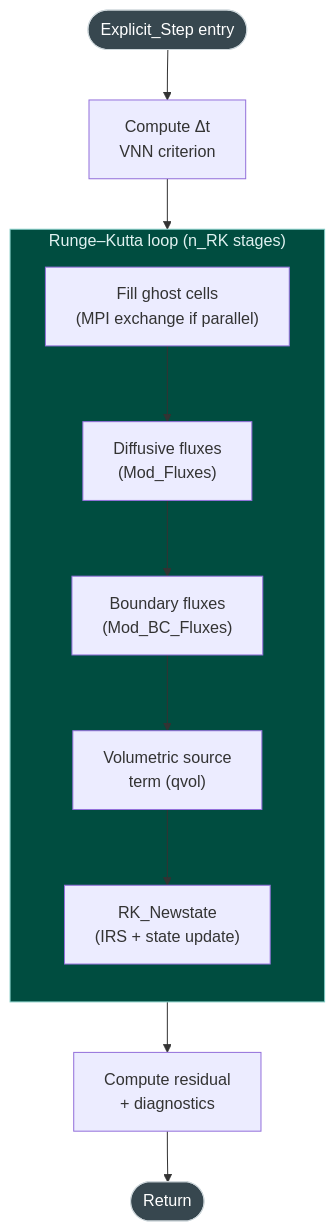
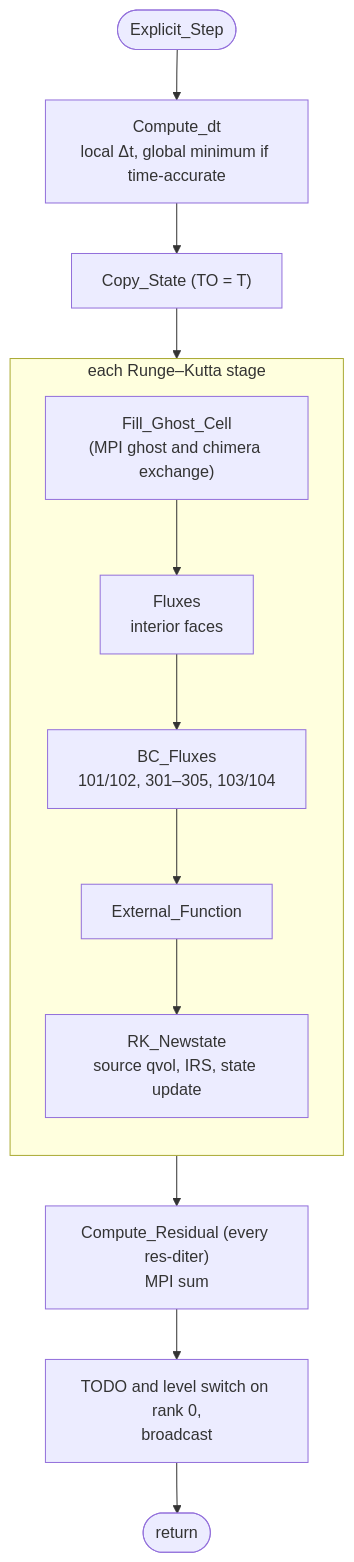
One commit to open-hydra/FUSS changed the fourth of 6 diagrams in docs/development/structure.md. Above: the diagram before and after it, drawn with Mermaid. The commit also changed other lines of this file and 40 other files, not shown here.

````diff
--- a/docs/development/structure.md
+++ b/docs/development/structure.md
@@ -241,20 +210,18 @@
 ```mermaid
 flowchart TB
-    Start([Explicit_Step entry]) --> DT[Compute Δt<br/>VNN criterion]
+    Start([Explicit_Step]) --> DT["Compute_dt<br/>local Δt, global minimum if time-accurate"]
+    DT --> Copy["Copy_State (TO = T)"]
 
-    subgraph RK ["Runge–Kutta loop (n_RK stages)"]
+    subgraph RK ["each Runge–Kutta stage"]
         direction TB
-        Ghost["Fill ghost cells<br/>(MPI exchange if parallel)"] --> Diff["Diffusive fluxes<br/>(Mod_Fluxes)"]
-        Diff --> BCF["Boundary fluxes<br/>(Mod_BC_Fluxes)"]
-        BCF --> Qvol["Volumetric source<br/>term (qvol)"]
-        Qvol --> Update["RK_Newstate<br/>(IRS + state update)"]
+        Ghost["Fill_Ghost_Cell<br/>(MPI ghost and chimera exchange)"] --> Diff["Fluxes<br/>interior faces"]
+        Diff --> BCF["BC_Fluxes<br/>101/102, 301–305, 103/104"]
+        BCF --> Ext["External_Function"]
+        Ext --> Update["RK_Newstate<br/>source qvol, IRS, state update"]
     end
 
-    DT --> RK
-    RK --> Diag["Compute residual<br/>+ diagnostics"]
-    Diag --> End([Return])
-
-    style Start fill:#37474f,stroke:#cfd8dc,color:#fff
-    style End fill:#37474f,stroke:#cfd8dc,color:#fff
-    style RK fill:#004d40,stroke:#80cbc4,color:#e0f2f1
+    Copy --> RK
+    RK --> Res["Compute_Residual (every res-diter)<br/>MPI sum"]
+    Res --> Flags["TODO and level switch on rank 0,<br/>broadcast"]
+    Flags --> End([return])
 ```
````
